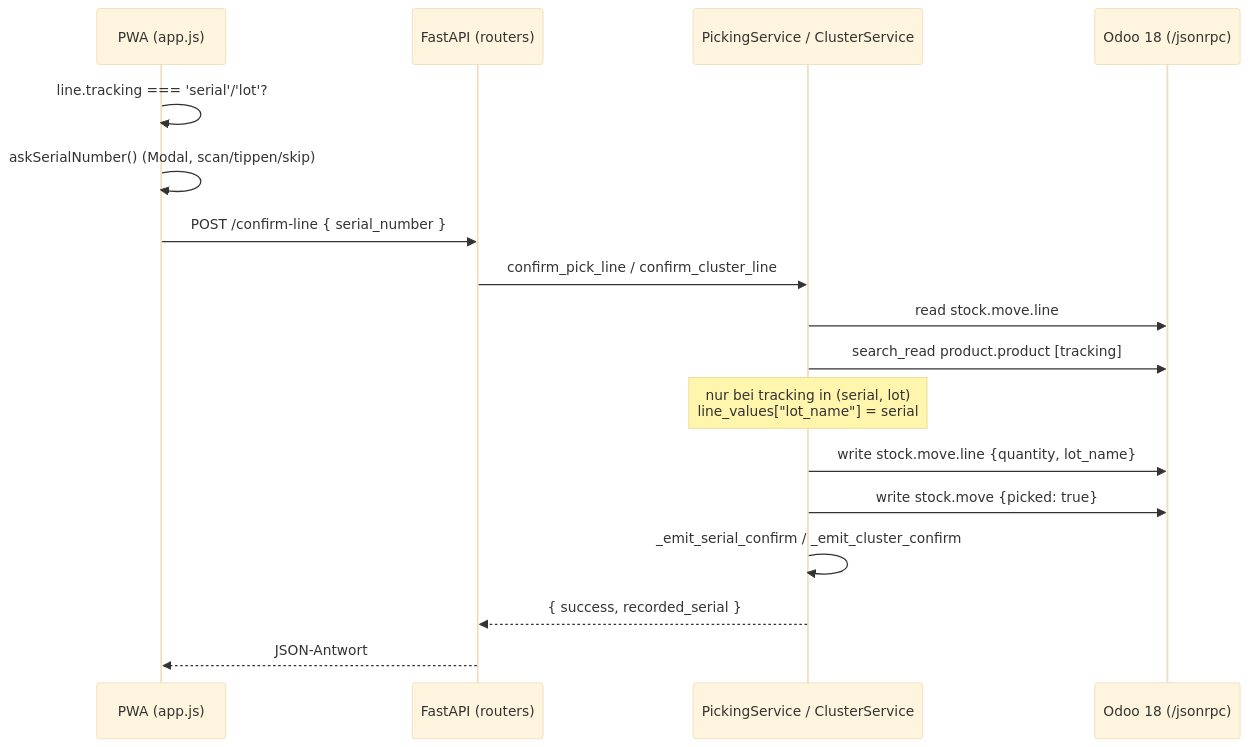
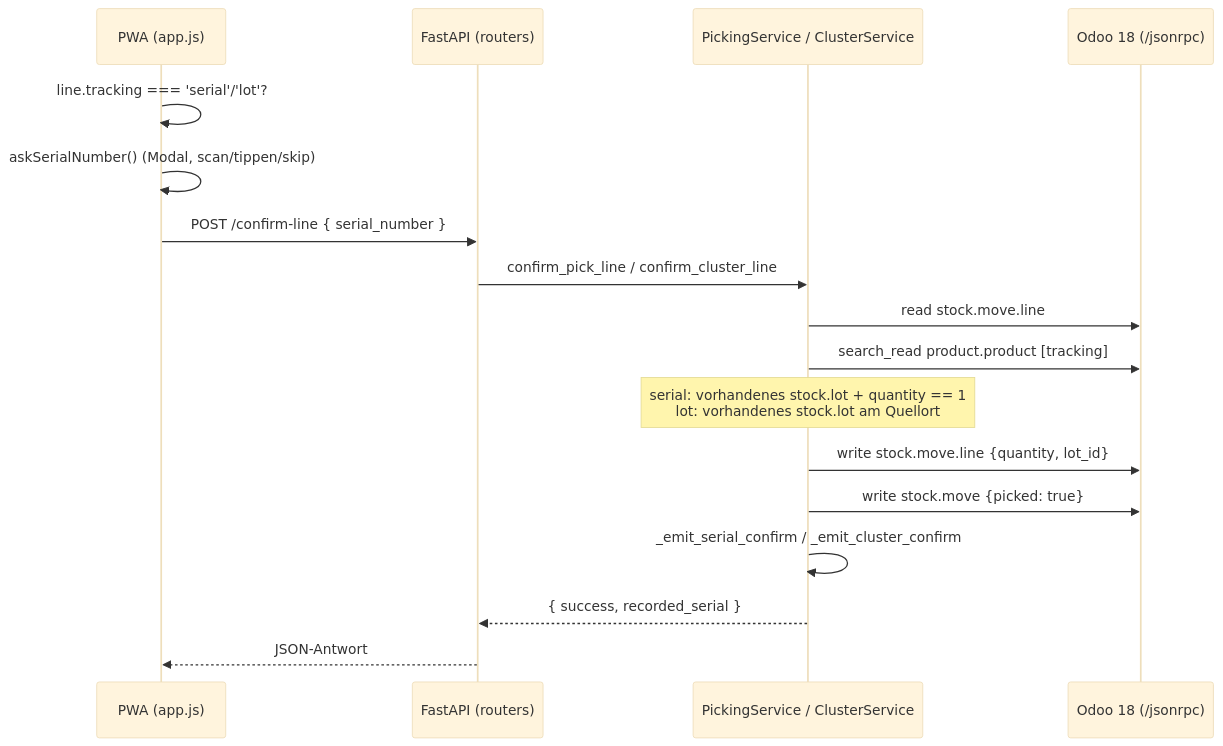
The diagram in Projekt-Wiki/12 - Funktionsdokumentation/05 - Seriennummer-Bestätigung.md (endritmurati99/mobile-picking-and-voice-assistant), drawn with Mermaid (base theme) before and after one commit. The commit also changed other lines of this file and 206 other files, not shown here.

````diff
--- a/Projekt-Wiki/12 - Funktionsdokumentation/05 - Seriennummer-Bestätigung.md
+++ b/Projekt-Wiki/12 - Funktionsdokumentation/05 - Seriennummer-Bestätigung.md
@@ -30,20 +32,20 @@
 ```mermaid
 sequenceDiagram
     participant PWA as PWA (app.js)
     participant API as FastAPI (routers)
     participant SVC as PickingService / ClusterService
     participant Odoo as Odoo 18 (/jsonrpc)
 
     PWA->>PWA: line.tracking === 'serial'/'lot'?
     PWA->>PWA: askSerialNumber() (Modal, scan/tippen/skip)
     PWA->>API: POST /confirm-line { serial_number }
     API->>SVC: confirm_pick_line / confirm_cluster_line
     SVC->>Odoo: read stock.move.line
     SVC->>Odoo: search_read product.product [tracking]
-    Note over SVC: nur bei tracking in (serial, lot)<br/>line_values["lot_name"] = serial
-    SVC->>Odoo: write stock.move.line {quantity, lot_name}
+    Note over SVC: serial: vorhandenes stock.lot + quantity == 1<br/>lot: vorhandenes stock.lot am Quellort
+    SVC->>Odoo: write stock.move.line {quantity, lot_id}
     SVC->>Odoo: write stock.move {picked: true}
     SVC->>SVC: _emit_serial_confirm / _emit_cluster_confirm
     SVC-->>API: { success, recorded_serial }
     API-->>PWA: JSON-Antwort
 ```
````
